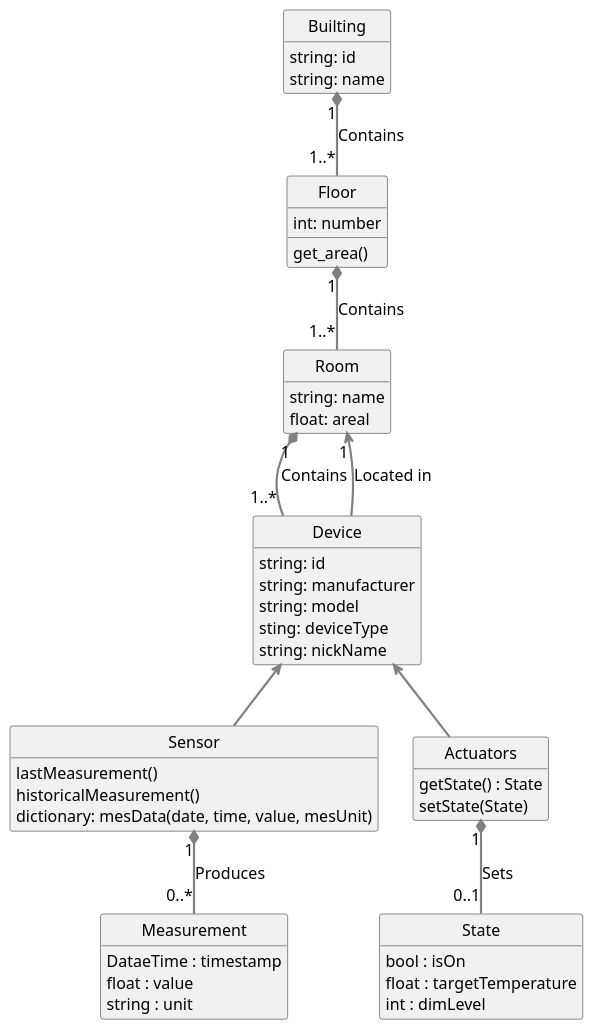
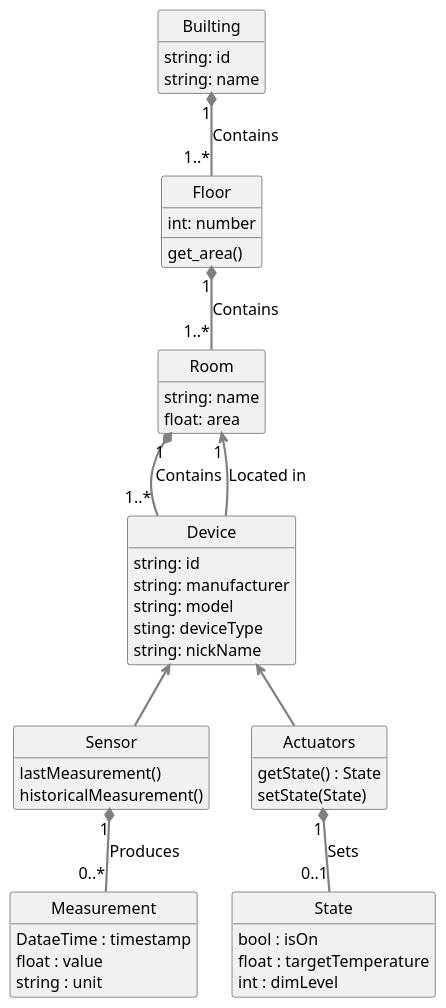
One commit to Eivindma/ing301_project_v26_gruppe_9 changed the diagram in domain.plantuml. Above: the diagram before and after it, drawn with PlantUML. The commit also changed 1 other file, not shown here.

```diff
--- a/domain.plantuml
+++ b/domain.plantuml
@@ -1,77 +1,76 @@
 @startuml Domain
 skinparam style strictuml
 skinparam DefaultFontName Arial
 skinparam DefaultFontSize 16
 skinparam DefaultFontStyle bold
 skinparam ArrowThickness 2.2
 skinparam ArrowColor #gray
 hide empty members
 
 
 class "Builting" as building {
 string: id
 string: name
 }
 
 class "Floor" as floor {
 int: number
 get_area()
 
 }
 
 class "Room" as room {
 string: name
-float: areal
+float: area
 }
 
 class "Device" as device {
 string: id
 string: manufacturer
 string: model
 sting: deviceType
 string: nickName
 }
 
 class "Sensor" as sensor {
 lastMeasurement()
 historicalMeasurement()
-dictionary: mesData(date, time, value, mesUnit)
 }
 
 Class "Actuators" as actuator {
 getState() : State
 setState(State)
 }
 
 Class "Measurement" as meas {
 DataeTime : timestamp
 float : value
 string : unit
 }
 
 Class "State" as state {
 bool : isOn
 float : targetTemperature
 int : dimLevel
 }
 
 
 building "1" *-- "1..*" floor : Contains
 
 floor "1" *-- "1..*" room  : Contains
 
 room "1" *-- "1..*" device : Contains
 
 room "1" <--  device : Located in
 
 device  <--  sensor 
 
 device  <--  actuator 
 
 sensor "1" *-- "0..*" meas : Produces
 
 actuator "1" *-- "0..1" state : Sets
 
 
 
 @enduml
```
